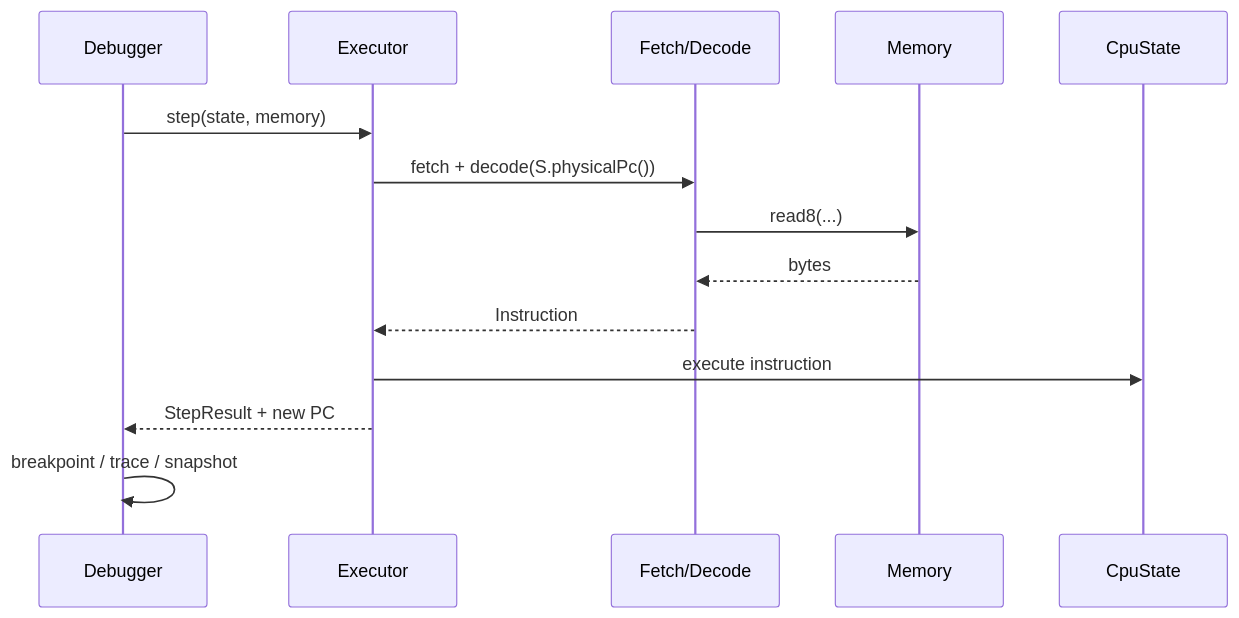
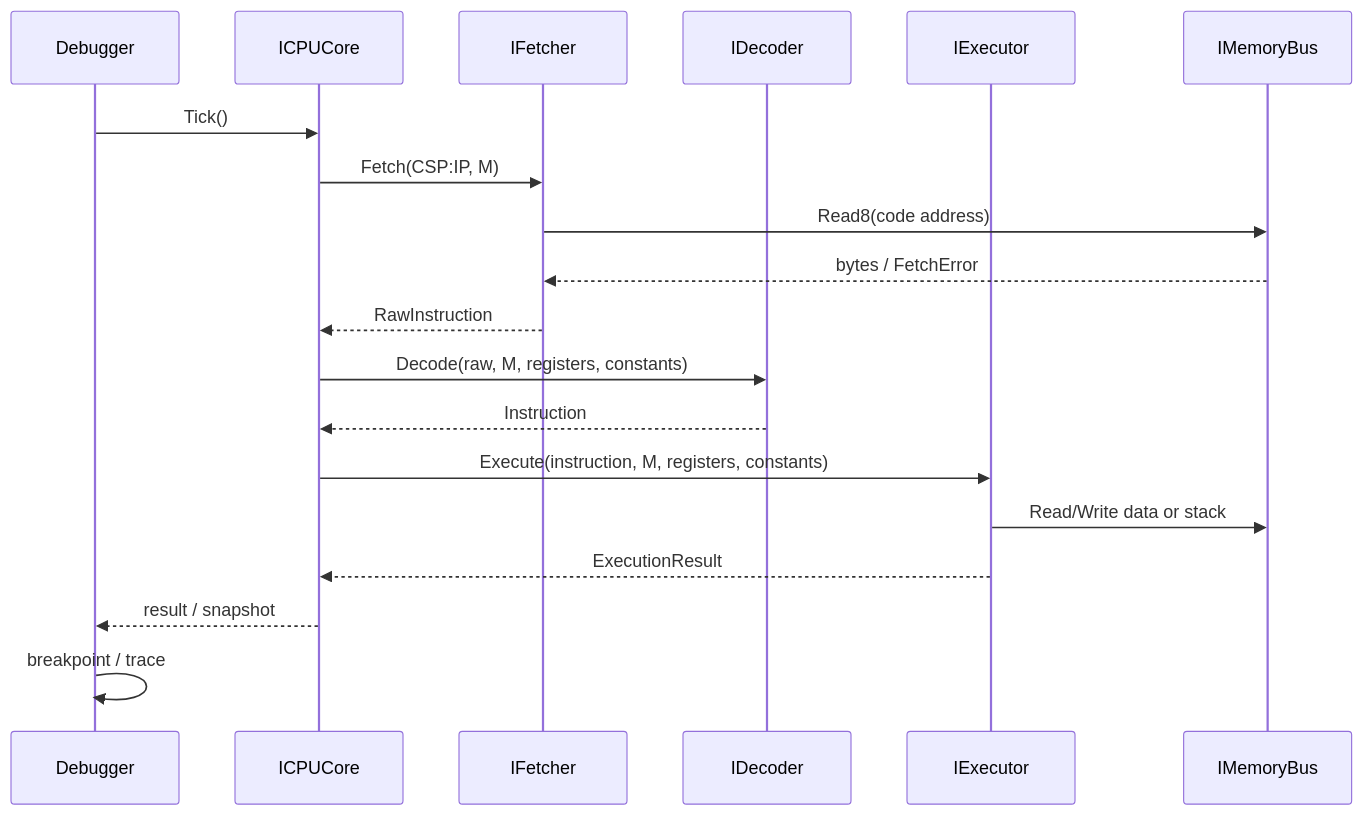
Before and after one commit to sigmochka1337/Siemens-Infineon-C166-Emulator: the second of 2 diagrams in docs/architecture.md, drawn with Mermaid. The commit also changed other lines of this file and 36 other files, not shown here.

````diff
--- a/docs/architecture.md
+++ b/docs/architecture.md
@@ -37,16 +37,21 @@
 ```mermaid
 sequenceDiagram
   participant D as Debugger
-  participant E as Executor
-  participant F as Fetch/Decode
-  participant M as Memory
-  participant S as CpuState
-  D->>E: step(state, memory)
-  E->>F: fetch + decode(S.physicalPc())
-  F->>M: read8(...)
-  M-->>F: bytes
-  F-->>E: Instruction
-  E->>S: execute instruction
-  E-->>D: StepResult + new PC
-  D->>D: breakpoint / trace / snapshot
+  participant K as ICPUCore
+  participant F as IFetcher
+  participant X as IDecoder
+  participant E as IExecutor
+  participant M as IMemoryBus
+  D->>K: Tick()
+  K->>F: Fetch(CSP:IP, M)
+  F->>M: Read8(code address)
+  M-->>F: bytes / FetchError
+  F-->>K: RawInstruction
+  K->>X: Decode(raw, M, registers, constants)
+  X-->>K: Instruction
+  K->>E: Execute(instruction, M, registers, constants)
+  E->>M: Read/Write data or stack
+  E-->>K: ExecutionResult
+  K-->>D: result / snapshot
+  D->>D: breakpoint / trace
 ```
````
